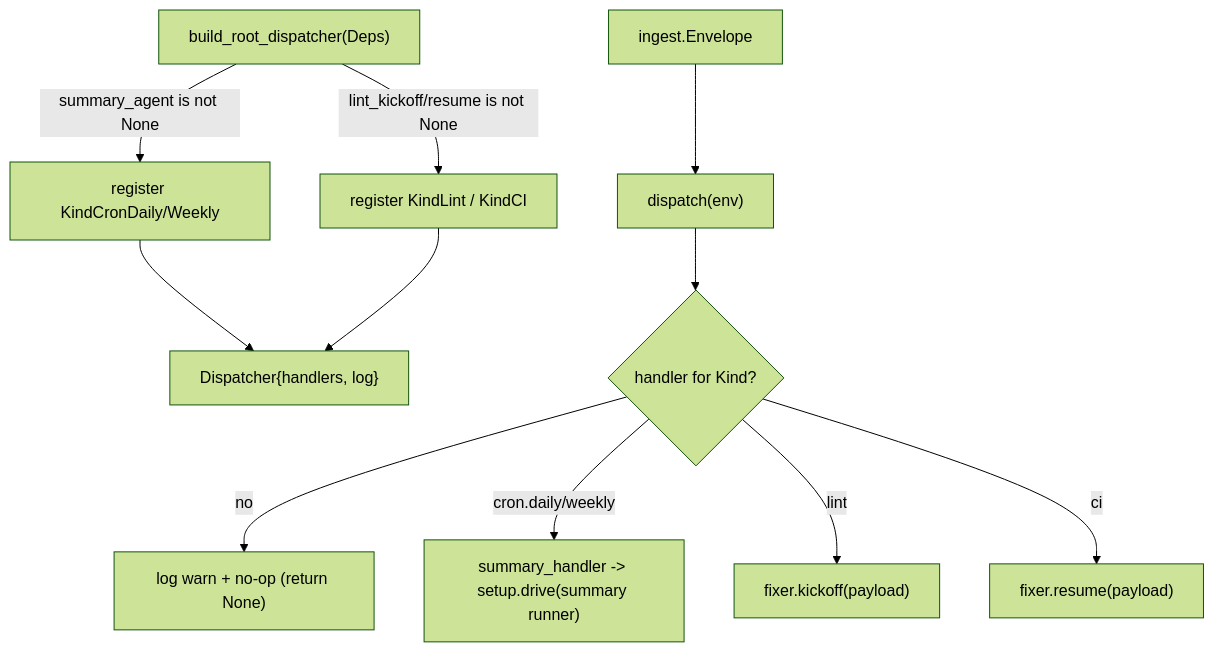
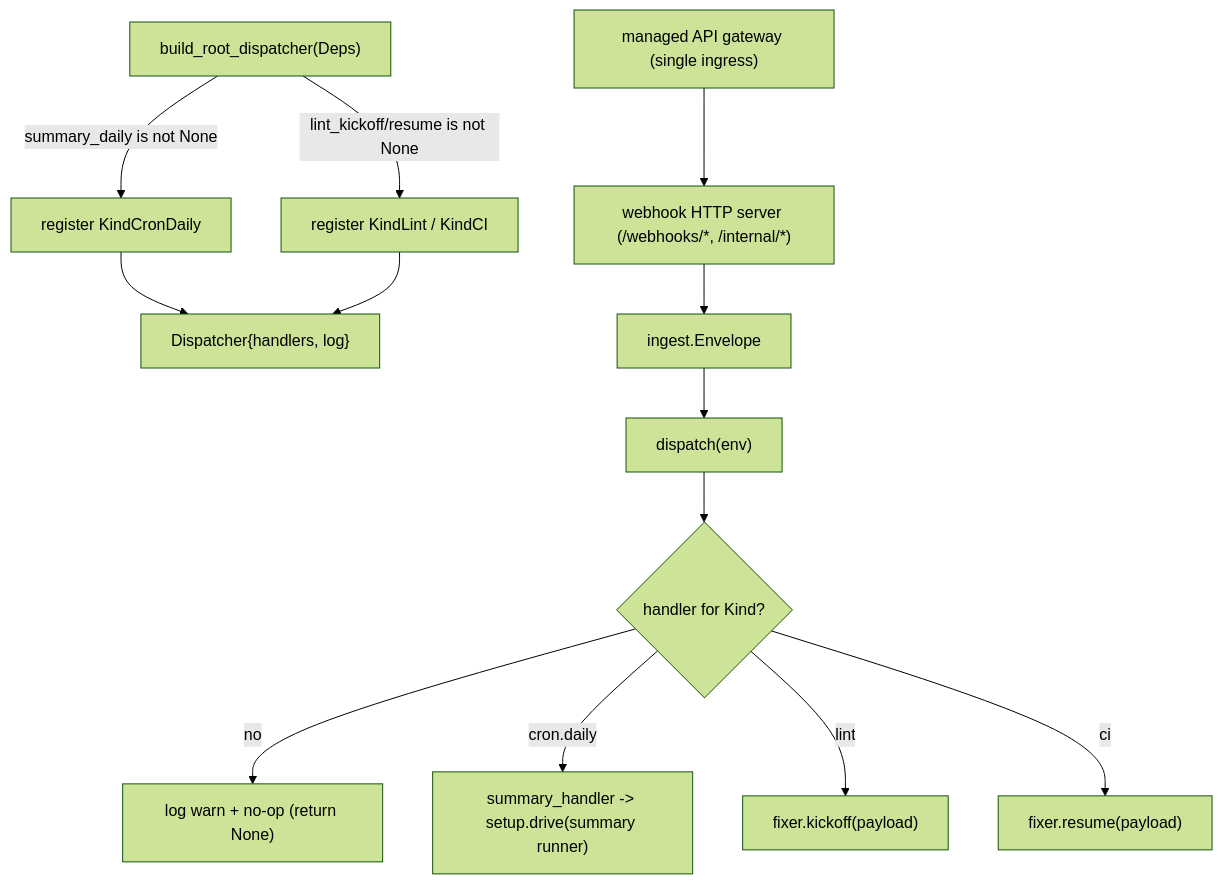
One commit to jkjamies/automation-agent changed the diagram in python/automation_agent/agent/root/AGENTS.md. Above: the diagram before and after it, drawn with Mermaid (forest theme). The commit also changed other lines of this file and 98 other files, not shown here.

````diff
--- a/python/automation_agent/agent/root/AGENTS.md
+++ b/python/automation_agent/agent/root/AGENTS.md
@@ -7,13 +7,15 @@
 ```mermaid
 flowchart TD
-    Build["build_root_dispatcher(Deps)"] -->|"summary_agent is not None"| RegC["register KindCronDaily/Weekly"]
+    Build["build_root_dispatcher(Deps)"] -->|"summary_daily is not None"| RegC["register KindCronDaily"]
     Build -->|"lint_kickoff/resume is not None"| RegL["register KindLint / KindCI"]
     RegC --> D["Dispatcher{handlers, log}"]
     RegL --> D
-    Env["ingest.Envelope"] --> Disp["dispatch(env)"]
+    GW["managed API gateway (single ingress)"] --> Ing["webhook HTTP server (/webhooks/*, /internal/*)"]
+    Ing --> Env["ingest.Envelope"]
+    Env --> Disp["dispatch(env)"]
     Disp --> M{"handler for Kind?"}
     M -->|no| Warn["log warn + no-op (return None)"]
-    M -->|"cron.daily/weekly"| Sum["summary_handler -> setup.drive(summary runner)"]
+    M -->|"cron.daily"| Sum["summary_handler -> setup.drive(summary runner)"]
     M -->|lint| LK["fixer.kickoff(payload)"]
     M -->|ci| LR["fixer.resume(payload)"]
 ```
````
